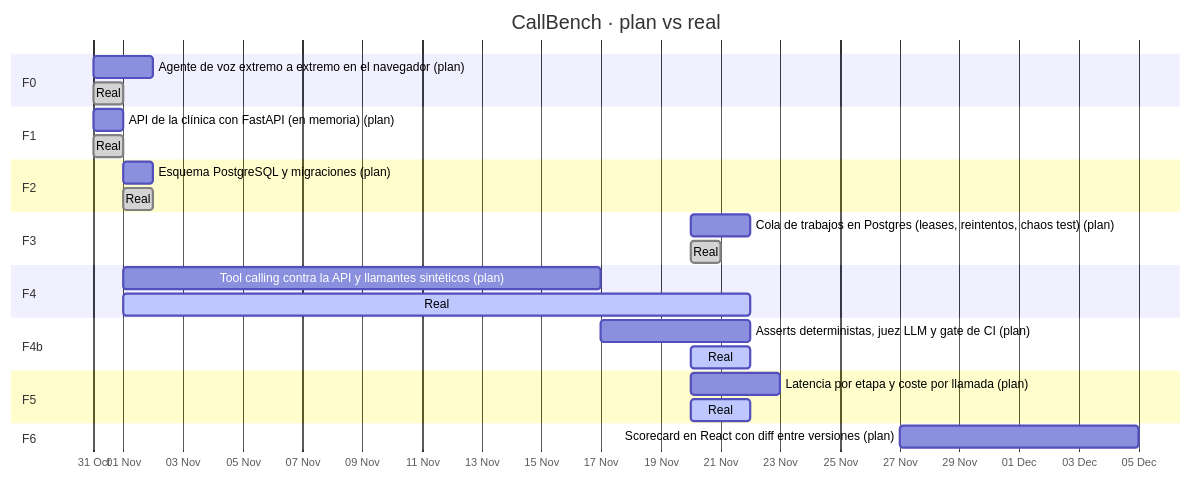
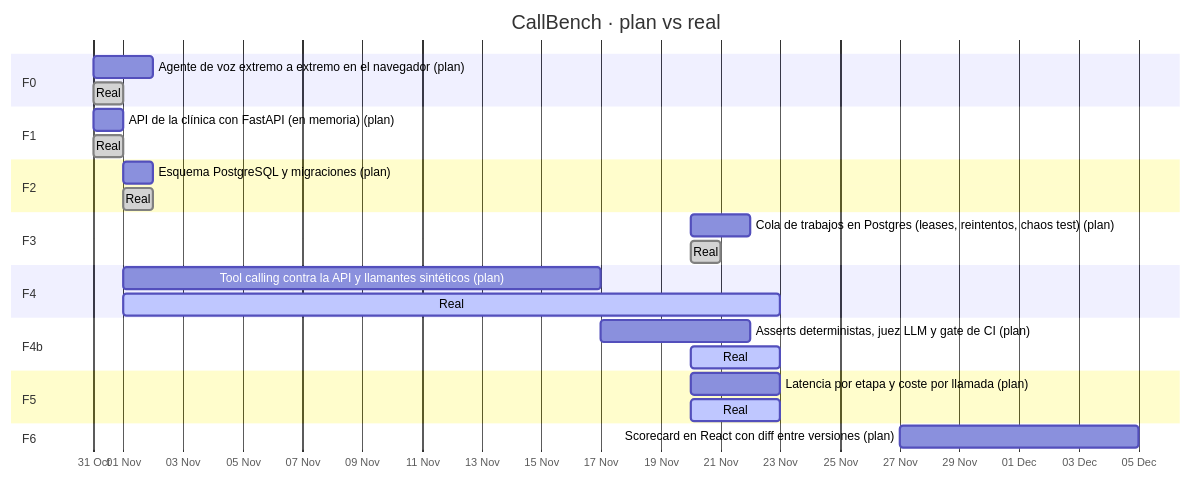
One commit to gabrielespelleta94/callbench changed the diagram in docs/bitacora/GANTT.md. Above: the diagram before and after it, drawn with Mermaid. The commit also changed other lines of this file and 3 other files, not shown here.

````diff
--- a/docs/bitacora/GANTT.md
+++ b/docs/bitacora/GANTT.md
@@ -9,30 +9,30 @@
 ```mermaid
 gantt
     title CallBench · plan vs real
     dateFormat YYYY-MM-DD
     axisFormat %d %b
     todayMarker on
     section F0
     Agente de voz extremo a extremo en el navegador (plan) :F0p, 2026-10-31, 2026-11-02
     Real :done, F0r, 2026-10-31, 2026-11-01
     section F1
     API de la clínica con FastAPI (en memoria) (plan) :F1p, 2026-10-31, 2026-11-01
     Real :done, F1r, 2026-10-31, 2026-11-01
     section F2
     Esquema PostgreSQL y migraciones (plan) :F2p, 2026-11-01, 2026-11-02
     Real :done, F2r, 2026-11-01, 2026-11-02
     section F3
     Cola de trabajos en Postgres (leases, reintentos, chaos test) (plan) :F3p, 2026-11-20, 2026-11-22
     Real :done, F3r, 2026-11-20, 2026-11-21
     section F4
     Tool calling contra la API y llamantes sintéticos (plan) :F4p, 2026-11-01, 2026-11-17
-    Real :active, F4r, 2026-11-01, 2026-11-22
+    Real :active, F4r, 2026-11-01, 2026-11-23
     section F4b
     Asserts deterministas, juez LLM y gate de CI (plan) :F4bp, 2026-11-17, 2026-11-22
-    Real :active, F4br, 2026-11-20, 2026-11-22
+    Real :active, F4br, 2026-11-20, 2026-11-23
     section F5
     Latencia por etapa y coste por llamada (plan) :F5p, 2026-11-20, 2026-11-23
-    Real :active, F5r, 2026-11-20, 2026-11-22
+    Real :active, F5r, 2026-11-20, 2026-11-23
     section F6
     Scorecard en React con diff entre versiones (plan) :F6p, 2026-11-27, 2026-12-05
 ```
````
